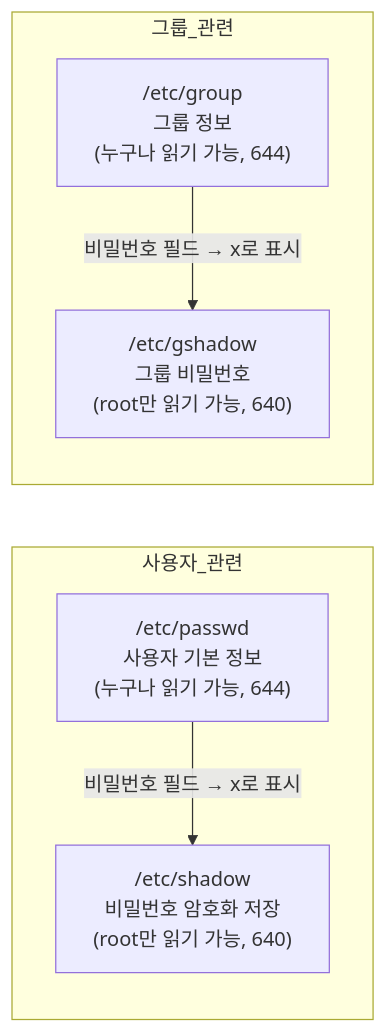
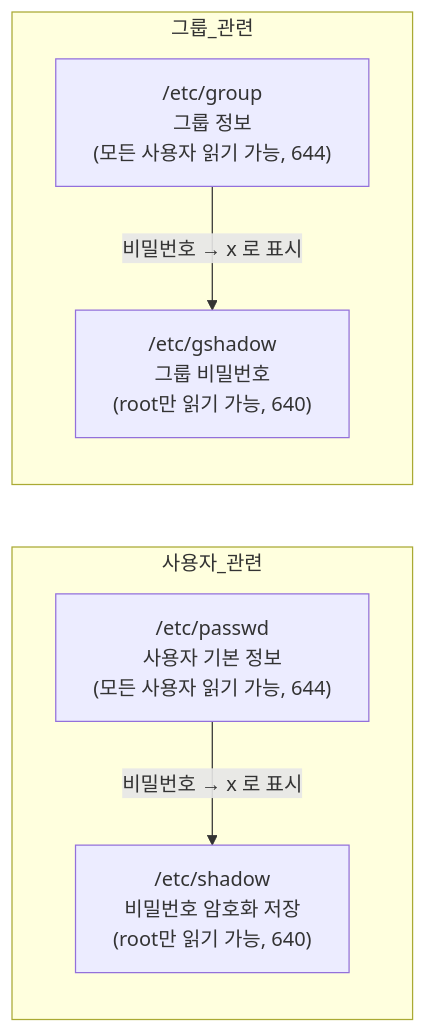
Before and after one commit to sbaek100/sbaek100.github.io: the fourth of 5 diagrams in _posts/2026-03-06-Linux-3-1.md, drawn with Mermaid. The commit also changed other lines of this file and 2 other files, not shown here.

Commit message:
Update Linux week 3 Mermaid line breaks

````diff
--- a/_posts/2026-03-06-Linux-3-1.md
+++ b/_posts/2026-03-06-Linux-3-1.md
@@ -242,13 +388,13 @@
 ```mermaid
 flowchart LR
     subgraph 사용자_관련
-        A["/etc/passwd\n사용자 기본 정보\n(누구나 읽기 가능, 644)"]
-        B["/etc/shadow\n비밀번호 암호화 저장\n(root만 읽기 가능, 640)"]
+        A["/etc/passwd<br/>사용자 기본 정보<br/>(모든 사용자 읽기 가능, 644)"]
+        B["/etc/shadow<br/>비밀번호 암호화 저장<br/>(root만 읽기 가능, 640)"]
     end
     subgraph 그룹_관련
-        C["/etc/group\n그룹 정보\n(누구나 읽기 가능, 644)"]
-        D["/etc/gshadow\n그룹 비밀번호\n(root만 읽기 가능, 640)"]
+        C["/etc/group<br/>그룹 정보<br/>(모든 사용자 읽기 가능, 644)"]
+        D["/etc/gshadow<br/>그룹 비밀번호<br/>(root만 읽기 가능, 640)"]
     end
-    A -->|"비밀번호 필드 → x로 표시"| B
-    C -->|"비밀번호 필드 → x로 표시"| D
+    A -->|"비밀번호 → x 로 표시"| B
+    C -->|"비밀번호 → x 로 표시"| D
 ```
````
